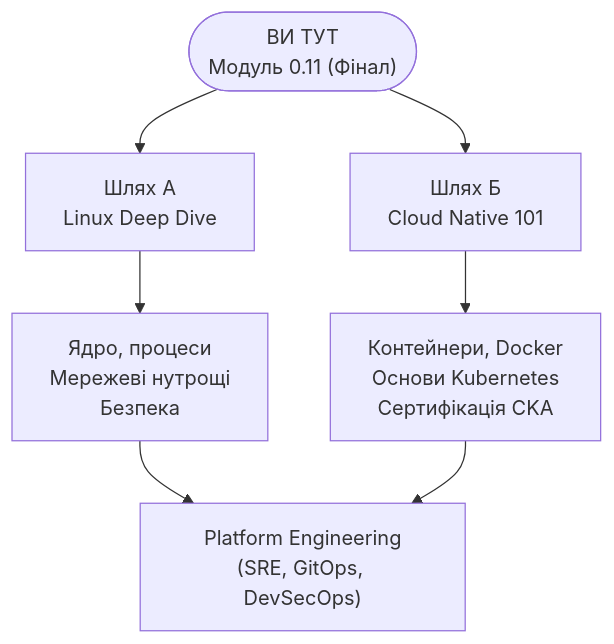
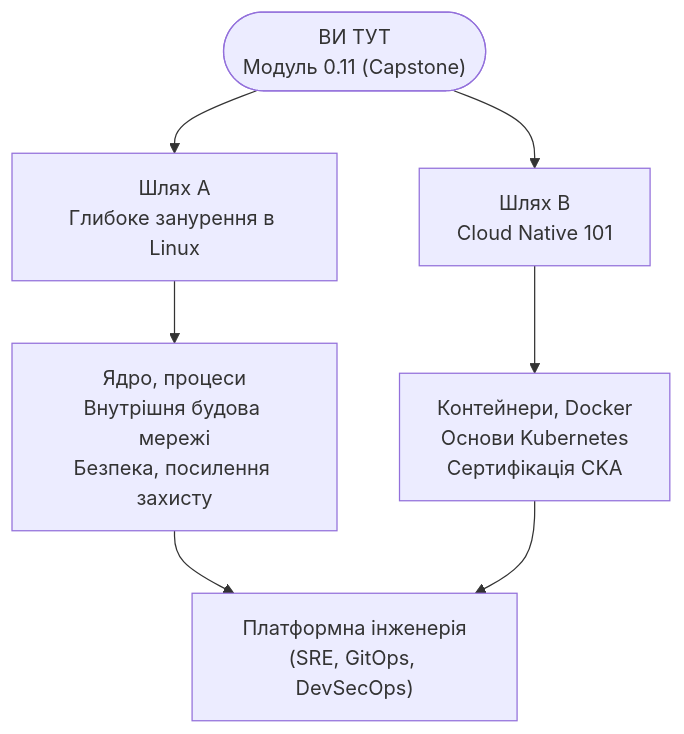
Before and after one commit to kube-dojo/kube-dojo: the diagram in src/content/docs/uk/prerequisites/zero-to-terminal/module-0.11-your-first-server.md, drawn with Mermaid. The commit also changed other lines of this file and 8 other files, not shown here.

````diff
--- a/src/content/docs/uk/prerequisites/zero-to-terminal/module-0.11-your-first-server.md
+++ b/src/content/docs/uk/prerequisites/zero-to-terminal/module-0.11-your-first-server.md
@@ -498,11 +546,11 @@
 ```mermaid
 graph TD
-    Current(["ВИ ТУТ<br/>Модуль 0.11 (Фінал)"]) --> PathA["Шлях А<br/>Linux Deep Dive"]
-    Current --> PathB["Шлях Б<br/>Cloud Native 101"]
+    Current(["ВИ ТУТ<br/>Модуль 0.11 (Capstone)"]) --> PathA["Шлях A<br/>Глибоке занурення в Linux"]
+    Current --> PathB["Шлях B<br/>Cloud Native 101"]
 
-    PathA --> L1["Ядро, процеси<br/>Мережеві нутрощі<br/>Безпека"]
+    PathA --> L1["Ядро, процеси<br/>Внутрішня будова мережі<br/>Безпека, посилення захисту"]
     PathB --> C1["Контейнери, Docker<br/>Основи Kubernetes<br/>Сертифікація CKA"]
 
-    L1 --> PE["Platform Engineering<br/>(SRE, GitOps, DevSecOps)"]
+    L1 --> PE["Платформна інженерія<br/>(SRE, GitOps, DevSecOps)"]
     C1 --> PE
 ```
````
